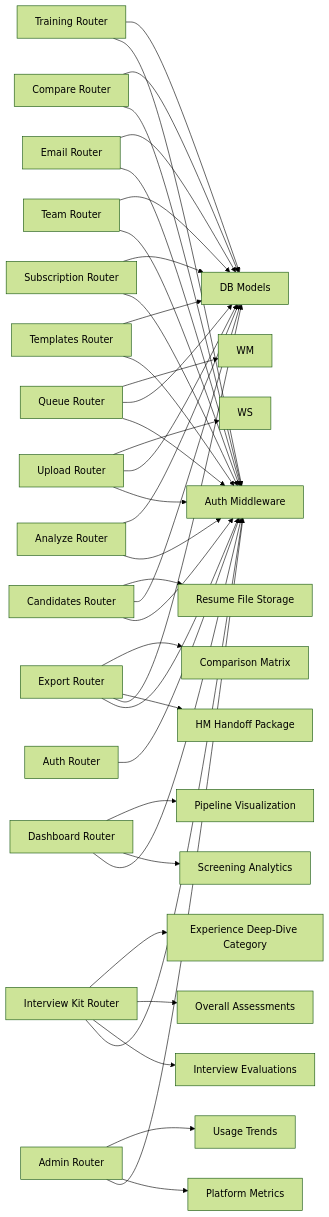
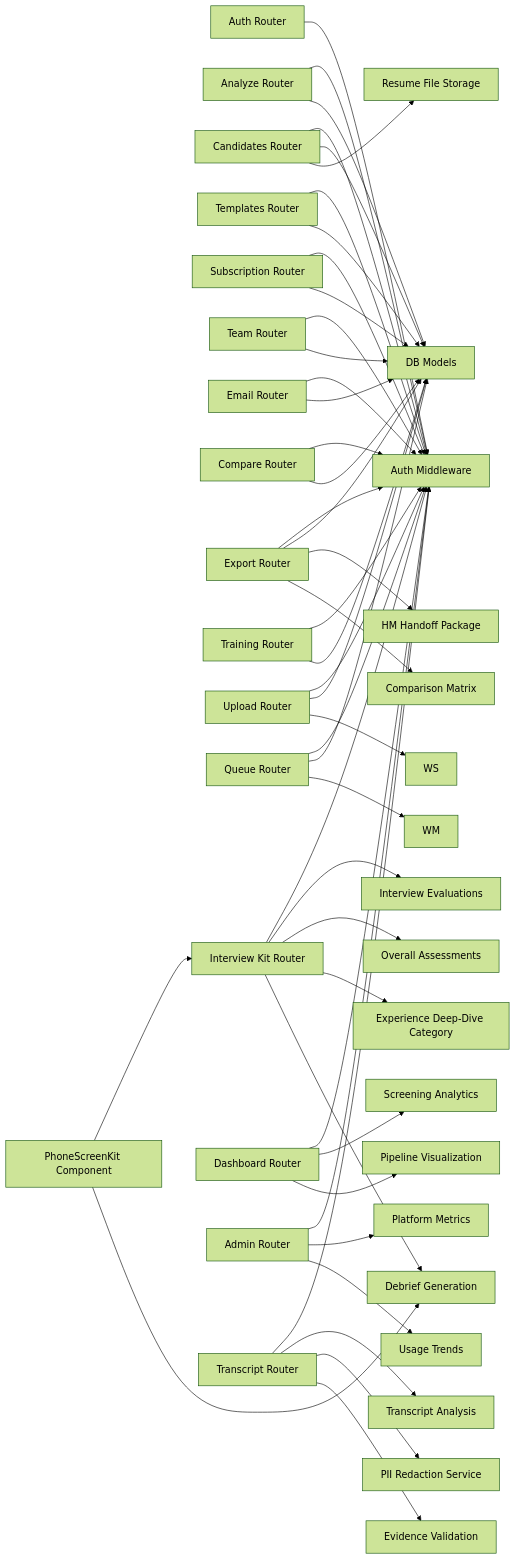
The third of 4 diagrams in .qoder/repowiki/en/content/API Reference/API Reference.md (Revanththetalogics/aireume), drawn with Mermaid (forest theme) before and after one commit. The commit also changed other lines of this file and 6 other files, not shown here.

Commit message:
fix: inline resume display for Word formats in phone screen split-view

````diff
--- a/.qoder/repowiki/en/content/API Reference/API Reference.md
+++ b/.qoder/repowiki/en/content/API Reference/API Reference.md
@@ -762,41 +814,48 @@
 ```mermaid
 graph LR
 AUTH["Auth Router"] --> MW["Auth Middleware"]
 ANALYZE["Analyze Router"] --> MW
 CAND["Candidates Router"] --> MW
 TMPL["Templates Router"] --> MW
 SUB["Subscription Router"] --> MW
 TEAM["Team Router"] --> MW
 EMAIL["Email Router"] --> MW
 COMPARE["Compare Router"] --> MW
 EXPORT["Export Router"] --> MW
 TRAIN["Training Router"] --> MW
 UPLOAD["Upload Router"] --> MW
 QUEUE["Queue Router"] --> MW
 INTKIT["Interview Kit Router"] --> MW
 DASH["Dashboard Router"] --> MW
 ADMIN["Admin Router"] --> MW
+TRANSCRIPT["Transcript Router"] --> MW
 ANALYZE --> DBM["DB Models"]
 UPLOAD --> DBM
 QUEUE --> DBM
 CAND --> DBM
 TMPL --> DBM
 SUB --> DBM
 TEAM --> DBM
 EMAIL --> DBM
 COMPARE --> DBM
 EXPORT --> DBM
 TRAIN --> DBM
 UPLOAD --> WS
 QUEUE --> WM
 CAND --> RESUME["Resume File Storage"]
 INTKIT --> EVALS["Interview Evaluations"]
 INTKIT --> OVERALL["Overall Assessments"]
 INTKIT --> EXP_DEEP_DIVE["Experience Deep-Dive Category"]
+INTKIT --> DEBRIEF["Debrief Generation"]
+TRANSCRIPT --> TRANS_ANALYSIS["Transcript Analysis"]
+TRANSCRIPT --> PII_REDACTION["PII Redaction Service"]
+TRANSCRIPT --> EVIDENCE_VALID["Evidence Validation"]
 DASH --> SCREENING["Screening Analytics"]
 DASH --> PIPELINE["Pipeline Visualization"]
 ADMIN --> METRICS["Platform Metrics"]
 ADMIN --> USAGE["Usage Trends"]
 EXPORT --> HANDOFF["HM Handoff Package"]
 EXPORT --> MATRIX["Comparison Matrix"]
+PHONEKIT["PhoneScreenKit Component"] --> INTKIT
+PHONEKIT --> DEBRIEF
 ```
````
